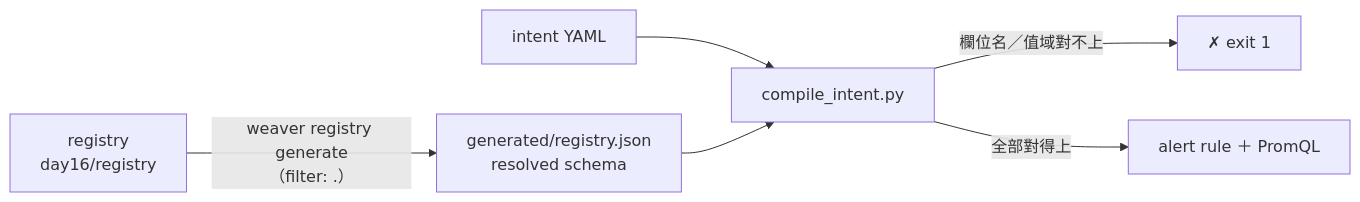
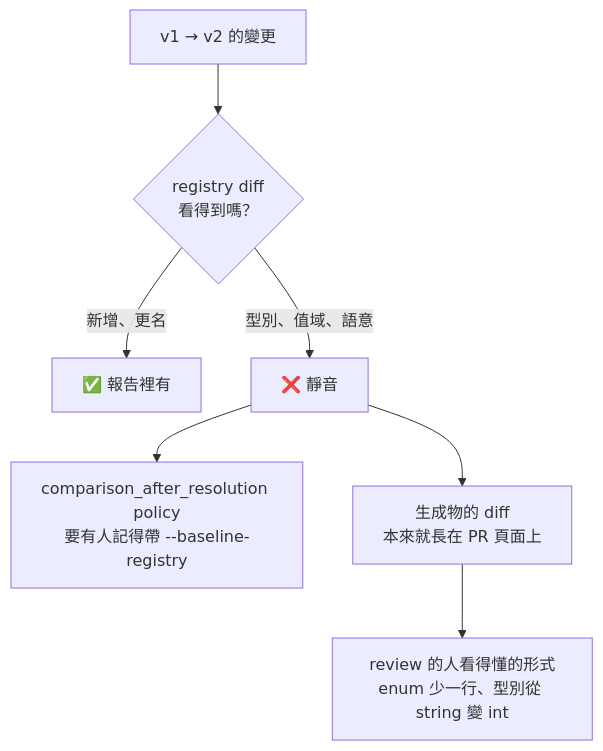
One commit to tedmax100/o11y-bench changed the second of 3 diagrams in weaver-demo/ironman-2026/day11.md. Above: the diagram before and after it, drawn with Mermaid. The commit also changed other lines of this file and 1 other file, not shown here.

First line of the commit message:
docs(day11): rewrite against the new Day1-10 baseline

````diff
--- a/weaver-demo/ironman-2026/day11.md
+++ b/weaver-demo/ironman-2026/day11.md
@@ -133,8 +314,9 @@
 ```mermaid
-flowchart LR
-    R["registry<br/>day16/registry"] -->|"weaver registry generate<br/>（filter: .）"| J["generated/registry.json<br/>resolved schema"]
-    I["intent YAML"] --> CC["compile_intent.py"]
-    J --> CC
-    CC -->|"欄位名／值域對不上"| X["✗ exit 1"]
-    CC -->|"全部對得上"| P["alert rule ＋ PromQL"]
+flowchart TB
+    CH["v1 → v2 的變更"] --> D1{"registry diff<br/>看得到嗎？"}
+    D1 -->|"新增、更名"| OK["✅ 報告裡有"]
+    D1 -->|"型別、值域、語意"| SIL["❌ 靜音"]
+    SIL --> P["comparison_after_resolution policy<br/>要有人記得帶 --baseline-registry"]
+    SIL --> G["生成物的 diff<br/>本來就長在 PR 頁面上"]
+    G --> V["review 的人看得懂的形式<br/>enum 少一行、型別從 string 變 int"]
 ```
````
